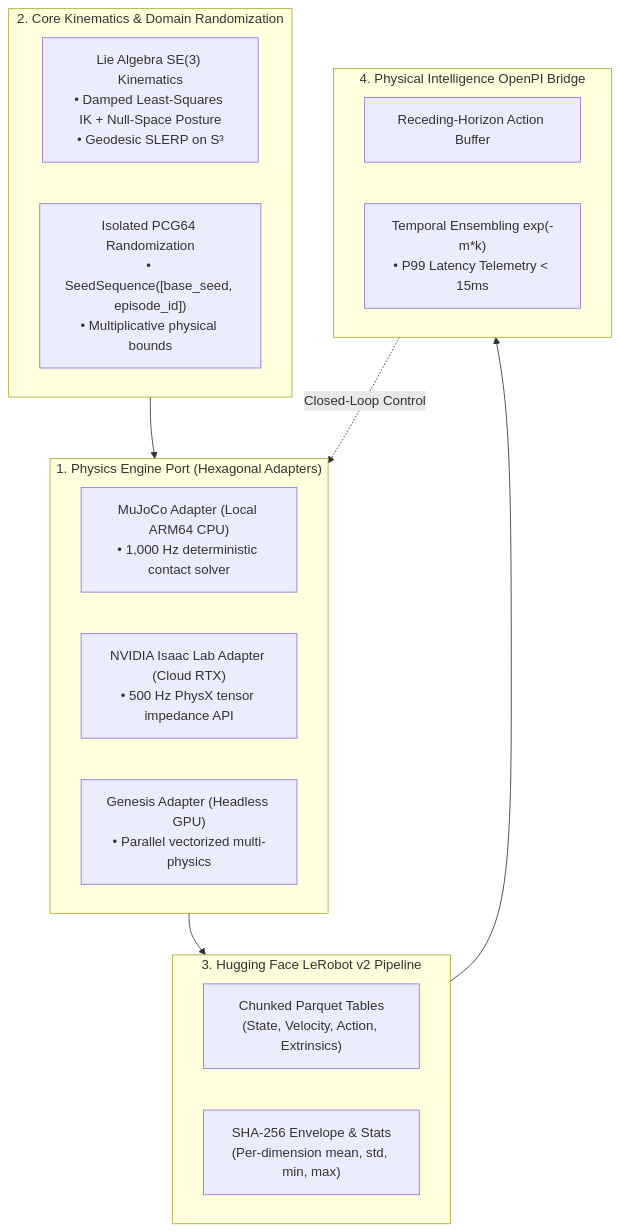
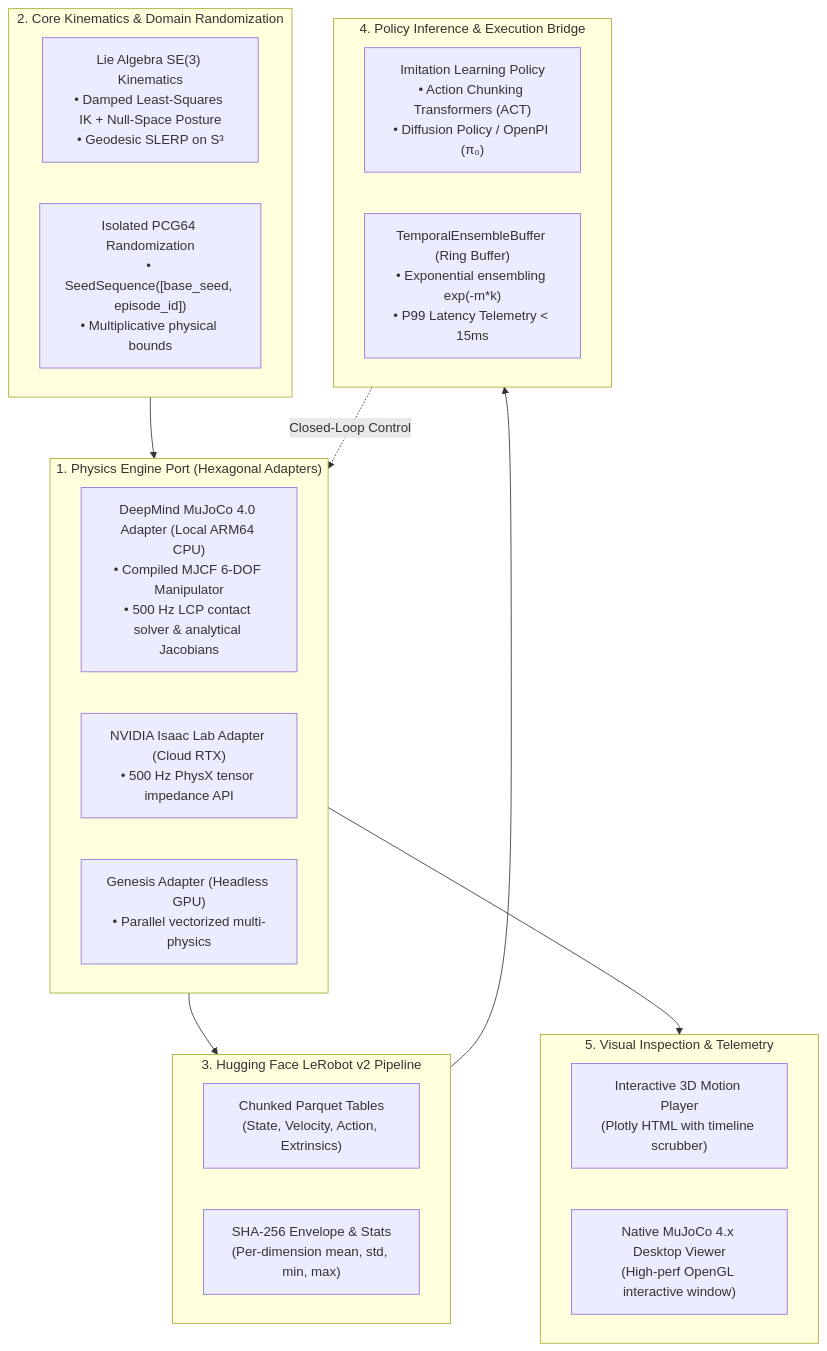
One commit to LeanoA/sim2real-data-engine changed the diagram in ARTICLE_DRAFT.md. Above: the diagram before and after it, drawn with Mermaid. The commit also changed other lines of this file, not shown here.

Commit message:
docs(article): update technical draft with mujoco 4.0 contact physics and policy training

````diff
--- a/ARTICLE_DRAFT.md
+++ b/ARTICLE_DRAFT.md
@@ -36,28 +36,34 @@
 ```mermaid
 flowchart TB
     subgraph Simulators["1. Physics Engine Port (Hexagonal Adapters)"]
-        M["MuJoCo Adapter (Local ARM64 CPU)<br/>• 1,000 Hz deterministic contact solver"]
+        M["DeepMind MuJoCo 4.0 Adapter (Local ARM64 CPU)<br/>• Compiled MJCF 6-DOF Manipulator<br/>• 500 Hz LCP contact solver & analytical Jacobians"]
         I["NVIDIA Isaac Lab Adapter (Cloud RTX)<br/>• 500 Hz PhysX tensor impedance API"]
         G["Genesis Adapter (Headless GPU)<br/>• Parallel vectorized multi-physics"]
     end
 
     subgraph Core["2. Core Kinematics & Domain Randomization"]
         K["Lie Algebra SE(3) Kinematics<br/>• Damped Least-Squares IK + Null-Space Posture<br/>• Geodesic SLERP on S³"]
         DR["Isolated PCG64 Randomization<br/>• SeedSequence([base_seed, episode_id])<br/>• Multiplicative physical bounds"]
     end
 
     subgraph Export["3. Hugging Face LeRobot v2 Pipeline"]
         P["Chunked Parquet Tables<br/>(State, Velocity, Action, Extrinsics)"]
         S["SHA-256 Envelope & Stats<br/>(Per-dimension mean, std, min, max)"]
     end
 
-    subgraph Bridge["4. Physical Intelligence OpenPI Bridge"]
-        CB["Receding-Horizon Action Buffer"]
-        TE["Temporal Ensembling exp(-m*k)<br/>• P99 Latency Telemetry < 15ms"]
+    subgraph PolicyBridge["4. Policy Inference & Execution Bridge"]
+        ACT["Imitation Learning Policy<br/>• Action Chunking Transformers (ACT)<br/>• Diffusion Policy / OpenPI (π₀)"]
+        BUF["TemporalEnsembleBuffer (Ring Buffer)<br/>• Exponential ensembling exp(-m*k)<br/>• P99 Latency Telemetry < 15ms"]
+    end
+
+    subgraph Vis["5. Visual Inspection & Telemetry"]
+        PLT["Interactive 3D Motion Player<br/>(Plotly HTML with timeline scrubber)"]
+        GUI["Native MuJoCo 4.x Desktop Viewer<br/>(High-perf OpenGL interactive window)"]
     end
 
     Core --> Simulators
     Simulators --> Export
-    Export --> Bridge
-    Bridge -.->|"Closed-Loop Control"| Simulators
+    Export --> PolicyBridge
+    PolicyBridge -.->|"Closed-Loop Control"| Simulators
+    Simulators --> Vis
 ```
````
